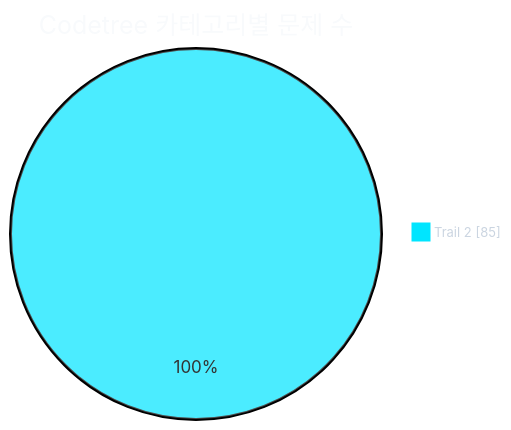
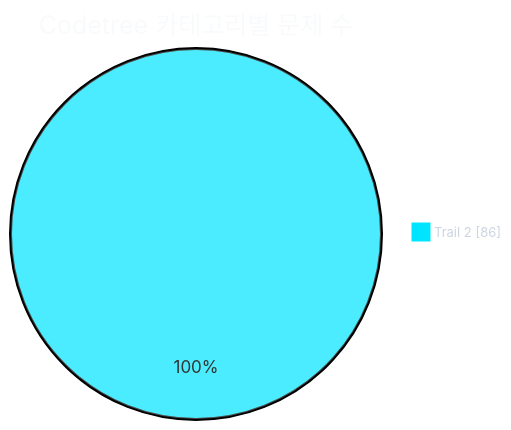
Before and after one commit to CHOOSLA/Algorithm: the first of 2 diagrams in readme.md, drawn with Mermaid. The commit also changed other lines of this file and 2 other files, not shown here.

````diff
--- a/readme.md
+++ b/readme.md
@@ -31,21 +31,21 @@
 ```mermaid
 ---
 config:
   theme: base
   themeVariables:
     background: '#0d1117'
     pieTitleTextColor: '#f8fafc'
     pieLegendTextColor: '#cbd5e1'
     pieLegendTextSize: '13px'
     pie1: '#00e5ff'
     pie2: '#22c55e'
     pie3: '#f59e0b'
     pie4: '#a855f7'
     pie5: '#ec4899'
     pie6: '#3b82f6'
     pie7: '#64748b'
 ---
 pie showData
   title Codetree 카테고리별 문제 수
-  "Trail 2" : 85
+  "Trail 2" : 86
 ```
````
